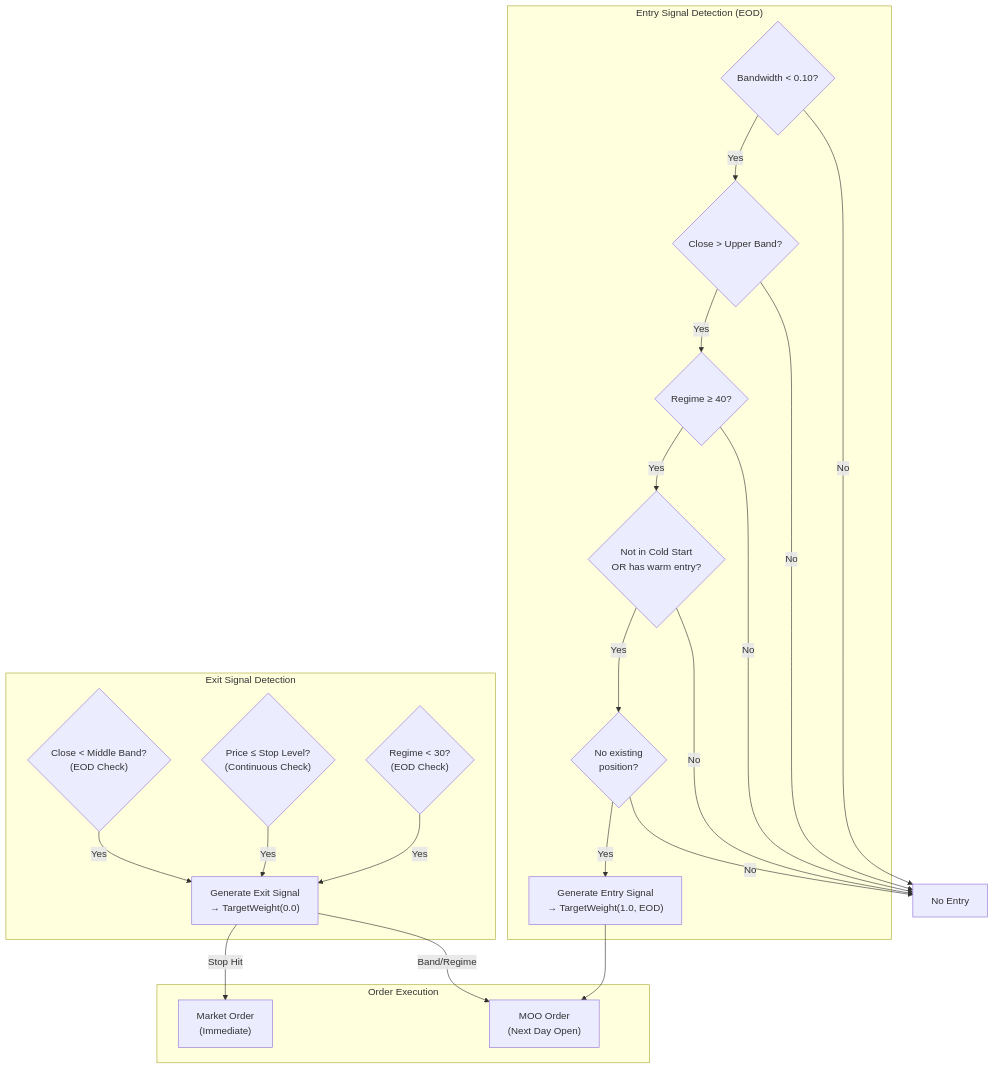
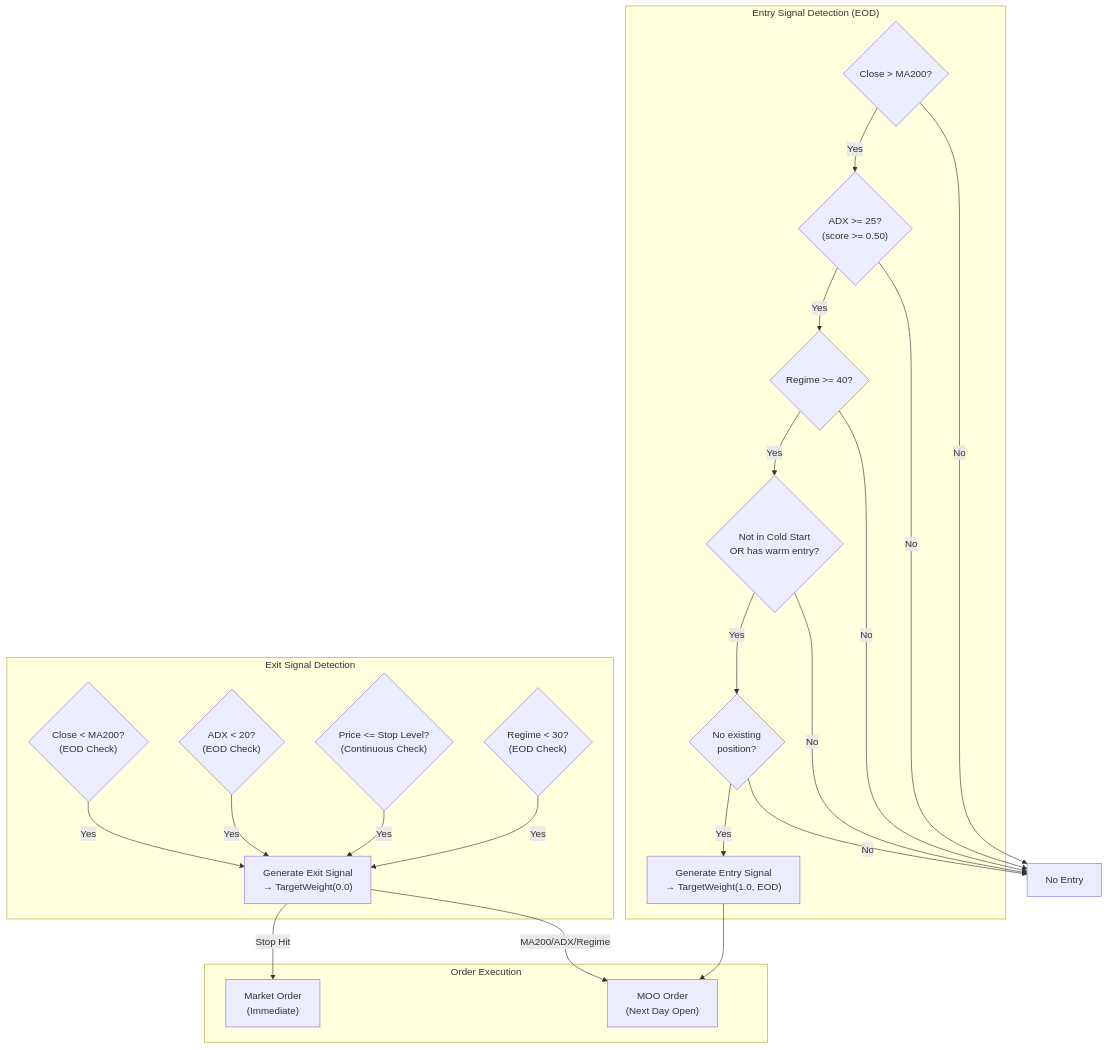
The first of 2 diagrams in docs/07-trend-engine.md (vickdavinci/alpha-nextgen-v2-private), drawn with Mermaid before and after one commit. The commit also changed other lines of this file, not shown here.

First line of the commit message:
docs: sync 07-trend-engine.md with V2.1 MA200+ADX implementation

````diff
--- a/docs/07-trend-engine.md
+++ b/docs/07-trend-engine.md
@@ -360,43 +413,45 @@
 ```mermaid
 flowchart TD
     subgraph ENTRY["Entry Signal Detection (EOD)"]
-        E1{"Bandwidth < 0.10?"}
-        E2{"Close > Upper Band?"}
-        E3{"Regime ≥ 40?"}
+        E1{"Close > MA200?"}
+        E2{"ADX >= 25?<br/>(score >= 0.50)"}
+        E3{"Regime >= 40?"}
         E4{"Not in Cold Start<br/>OR has warm entry?"}
         E5{"No existing<br/>position?"}
         ENTRY_SIGNAL["Generate Entry Signal<br/>→ TargetWeight(1.0, EOD)"]
     end
-    
+
     subgraph EXIT["Exit Signal Detection"]
-        X1{"Close < Middle Band?<br/>(EOD Check)"}
-        X2{"Price ≤ Stop Level?<br/>(Continuous Check)"}
-        X3{"Regime < 30?<br/>(EOD Check)"}
+        X1{"Close < MA200?<br/>(EOD Check)"}
+        X2{"ADX < 20?<br/>(EOD Check)"}
+        X3{"Price <= Stop Level?<br/>(Continuous Check)"}
+        X4{"Regime < 30?<br/>(EOD Check)"}
         EXIT_SIGNAL["Generate Exit Signal<br/>→ TargetWeight(0.0)"]
     end
-    
+
     subgraph EXECUTION["Order Execution"]
         MOO["MOO Order<br/>(Next Day Open)"]
         MKT["Market Order<br/>(Immediate)"]
     end
-    
+
     E1 -->|No| NO_ENTRY["No Entry"]
     E1 -->|Yes| E2
     E2 -->|No| NO_ENTRY
     E2 -->|Yes| E3
     E3 -->|No| NO_ENTRY
     E3 -->|Yes| E4
     E4 -->|No| NO_ENTRY
     E4 -->|Yes| E5
     E5 -->|No| NO_ENTRY
     E5 -->|Yes| ENTRY_SIGNAL
-    
+
     ENTRY_SIGNAL --> MOO
-    
+
     X1 -->|Yes| EXIT_SIGNAL
     X2 -->|Yes| EXIT_SIGNAL
     X3 -->|Yes| EXIT_SIGNAL
-    
-    EXIT_SIGNAL -->|Band/Regime| MOO
+    X4 -->|Yes| EXIT_SIGNAL
+
+    EXIT_SIGNAL -->|MA200/ADX/Regime| MOO
     EXIT_SIGNAL -->|Stop Hit| MKT
 ```
````
